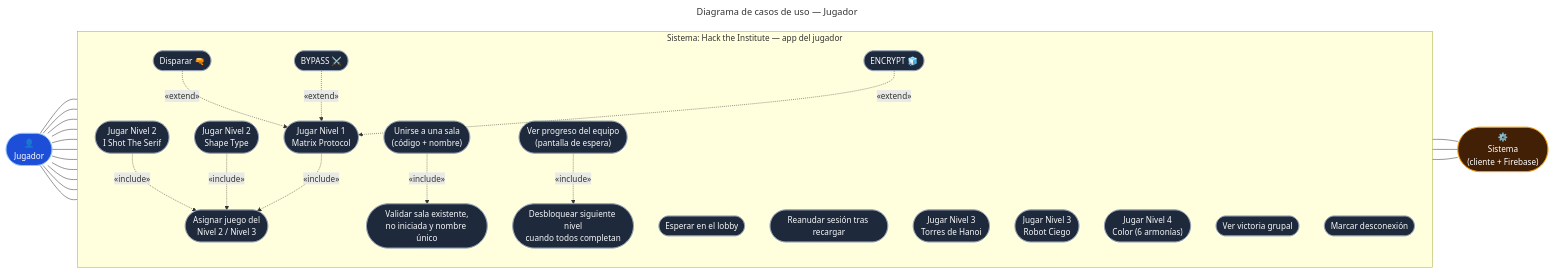
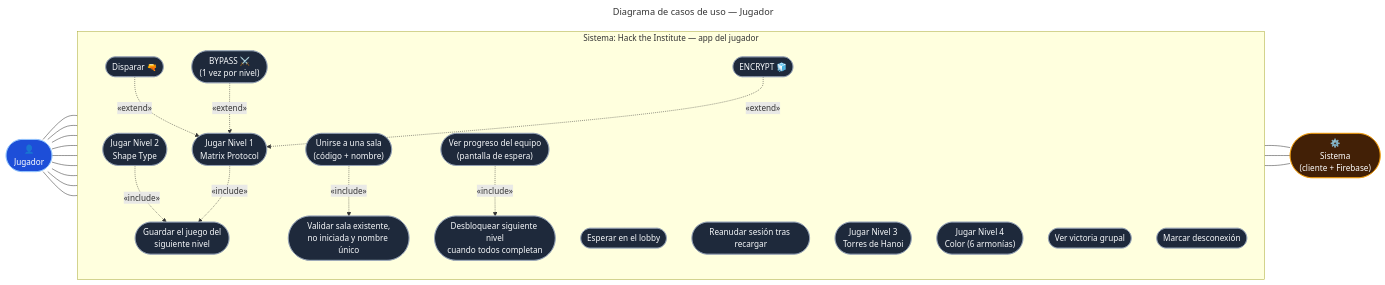
Before and after one commit to morphine75/escape_room: the diagram in docs/diagramas/fuentes/04a-casos-de-uso-jugador.mmd, drawn with Mermaid. The commit also changed 33 other files, not shown here.

First line of the commit message:
One game per level (remove Serif and Robot Ciego); static Level 1 maze

```diff
--- a/docs/diagramas/fuentes/04a-casos-de-uso-jugador.mmd
+++ b/docs/diagramas/fuentes/04a-casos-de-uso-jugador.mmd
@@ -1,46 +1,44 @@
 ---
 title: Diagrama de casos de uso — Jugador
 ---
 flowchart LR
   J(["👤<br/>Jugador"])
   SYS(["⚙️<br/>Sistema<br/>(cliente + Firebase)"])
 
   subgraph S["Sistema: Hack the Institute — app del jugador"]
     direction TB
     UC1(["Unirse a una sala<br/>(código + nombre)"])
     UC1a(["Validar sala existente,<br/>no iniciada y nombre único"])
     UC2(["Esperar en el lobby"])
     UC3(["Reanudar sesión tras recargar"])
     UC4(["Jugar Nivel 1<br/>Matrix Protocol"])
     UC4a(["Disparar 🔫"])
-    UC4b(["BYPASS ⚔️"])
+    UC4b(["BYPASS ⚔️<br/>(1 vez por nivel)"])
     UC4c(["ENCRYPT 🧊"])
-    UC5(["Jugar Nivel 2<br/>I Shot The Serif"])
     UC6(["Jugar Nivel 2<br/>Shape Type"])
     UC12(["Jugar Nivel 3<br/>Torres de Hanoi"])
-    UC13(["Jugar Nivel 3<br/>Robot Ciego"])
     UC14(["Jugar Nivel 4<br/>Color (6 armonías)"])
     UC7(["Ver progreso del equipo<br/>(pantalla de espera)"])
     UC8(["Ver victoria grupal"])
-    UC9(["Asignar juego del<br/>Nivel 2 / Nivel 3"])
+    UC9(["Guardar el juego del<br/>siguiente nivel"])
     UC10(["Desbloquear siguiente nivel<br/>cuando todos completan"])
     UC11(["Marcar desconexión"])
   end
 
-  J --- UC1 & UC2 & UC3 & UC4 & UC5 & UC6 & UC12 & UC13 & UC14 & UC7 & UC8
-  UC5 & UC6 -. "«include»" .-> UC9
+  J --- UC1 & UC2 & UC3 & UC4 & UC6 & UC12 & UC14 & UC7 & UC8
+  UC6 -. "«include»" .-> UC9
   UC1 -. "«include»" .-> UC1a
   UC4a & UC4b & UC4c -. "«extend»" .-> UC4
   UC4 -. "«include»" .-> UC9
   UC9 --- SYS
   UC10 --- SYS
   UC11 --- SYS
   UC7 -. "«include»" .-> UC10
 
   classDef actor fill:#1d4ed8,stroke:#93c5fd,color:#fff
   classDef uc fill:#1e293b,stroke:#94a3b8,color:#f8fafc
   classDef sys fill:#422006,stroke:#f59e0b,color:#fff
-  class UC12,UC13,UC14 uc
+  class UC12,UC14 uc
   class J actor
   class SYS sys
-  class UC1,UC1a,UC2,UC3,UC4,UC4a,UC4b,UC4c,UC5,UC6,UC7,UC8,UC9,UC10,UC11 uc
+  class UC1,UC1a,UC2,UC3,UC4,UC4a,UC4b,UC4c,UC6,UC7,UC8,UC9,UC10,UC11 uc
```
